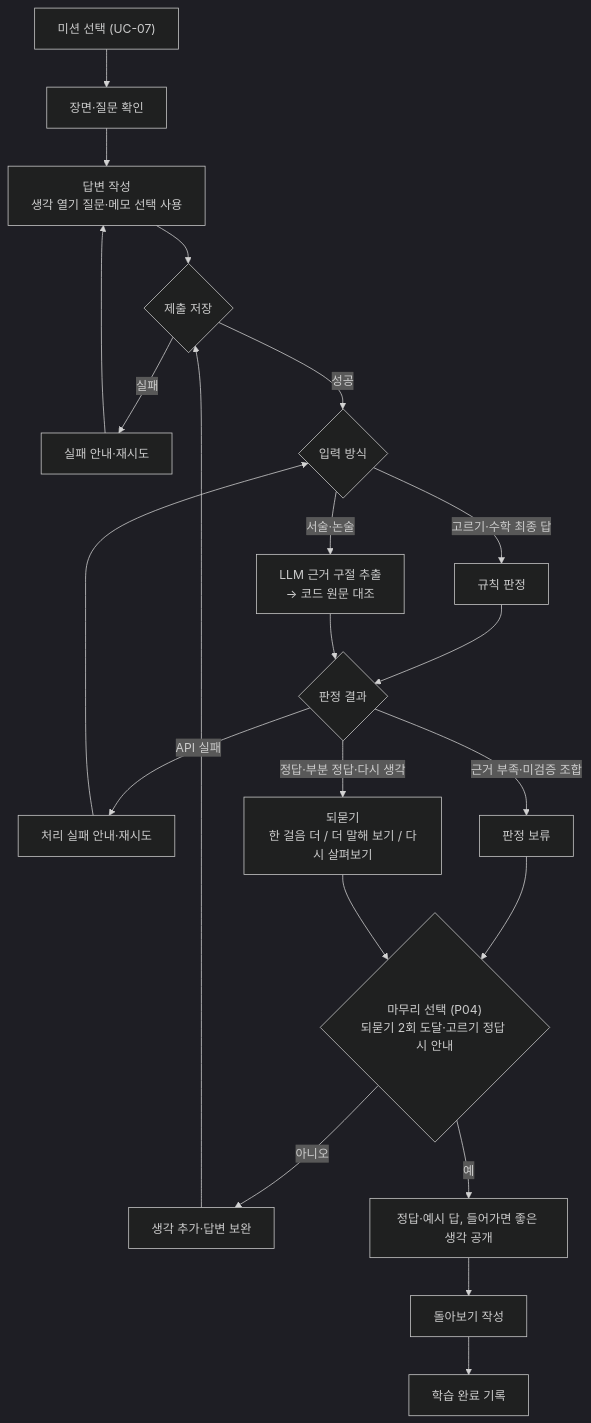
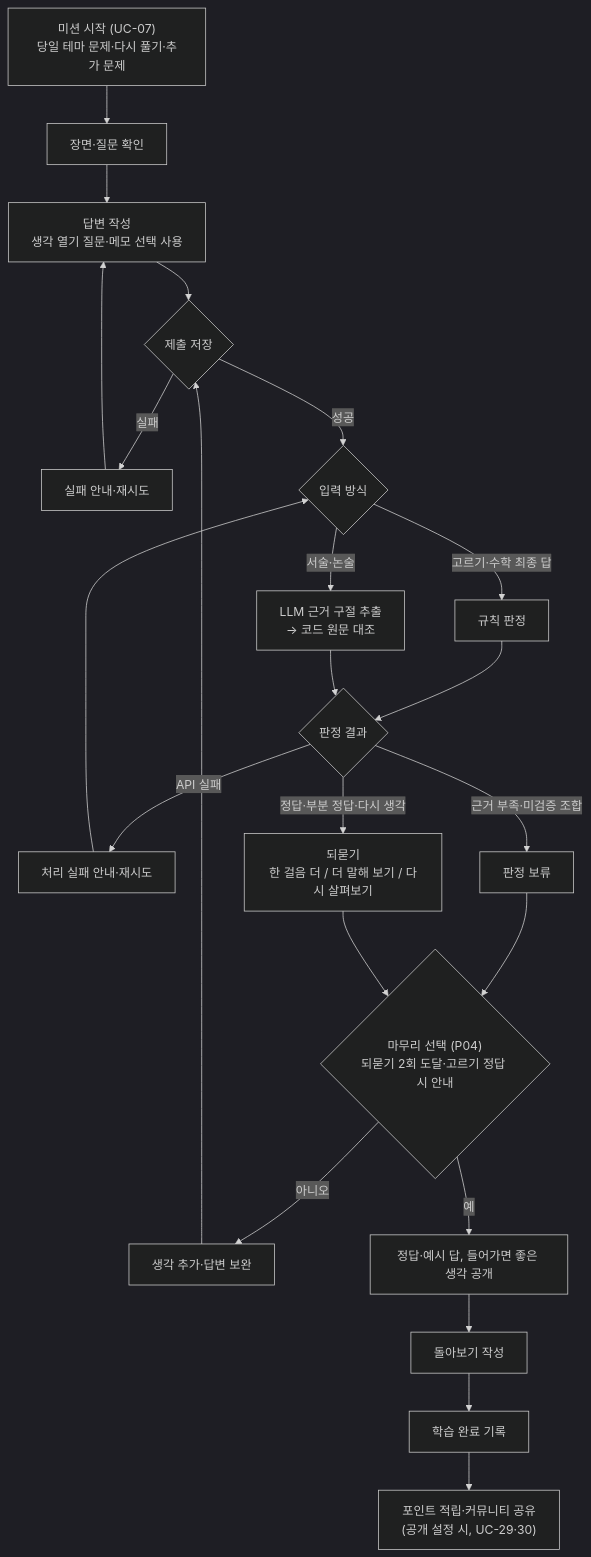
Before and after one commit to SKNETWORKS-FAMILY-AICAMP/SKN34-FINAL-3TEAM: the fifth of 5 diagrams in docs/design/usecase.md, drawn with Mermaid (dark theme). The commit also changed other lines of this file and 20 other files, not shown here.

````diff
--- a/docs/design/usecase.md
+++ b/docs/design/usecase.md
@@ -213,21 +244,22 @@
 ```mermaid
 flowchart TD
-  A["미션 선택 (UC-07)"] --> B["장면·질문 확인"]
+  A["미션 시작 (UC-07)<br/>당일 테마 문제·다시 풀기·추가 문제"] --> B["장면·질문 확인"]
   B --> C["답변 작성<br/>생각 열기 질문·메모 선택 사용"]
   C --> D{"제출 저장"}
   D -->|"실패"| D1["실패 안내·재시도"] --> C
   D -->|"성공"| E{"입력 방식"}
   E -->|"고르기·수학 최종 답"| F["규칙 판정"]
   E -->|"서술·논술"| G["LLM 근거 구절 추출<br/>→ 코드 원문 대조"]
   F --> H{"판정 결과"}
   G --> H
   H -->|"API 실패"| J["처리 실패 안내·재시도"] --> E
   H -->|"근거 부족·미검증 조합"| I["판정 보류"]
   H -->|"정답·부분 정답·다시 생각"| K["되묻기<br/>한 걸음 더 / 더 말해 보기 / 다시 살펴보기"]
   I --> L{"마무리 선택 (P04)<br/>되묻기 2회 도달·고르기 정답 시 안내"}
   K --> L
   L -->|"아니오"| M["생각 추가·답변 보완"] --> D
   L -->|"예"| N["정답·예시 답, 들어가면 좋은 생각 공개"]
   N --> O["돌아보기 작성"]
   O --> P["학습 완료 기록"]
+  P --> Q["포인트 적립·커뮤니티 공유<br/>(공개 설정 시, UC-29·30)"]
 ```
````
